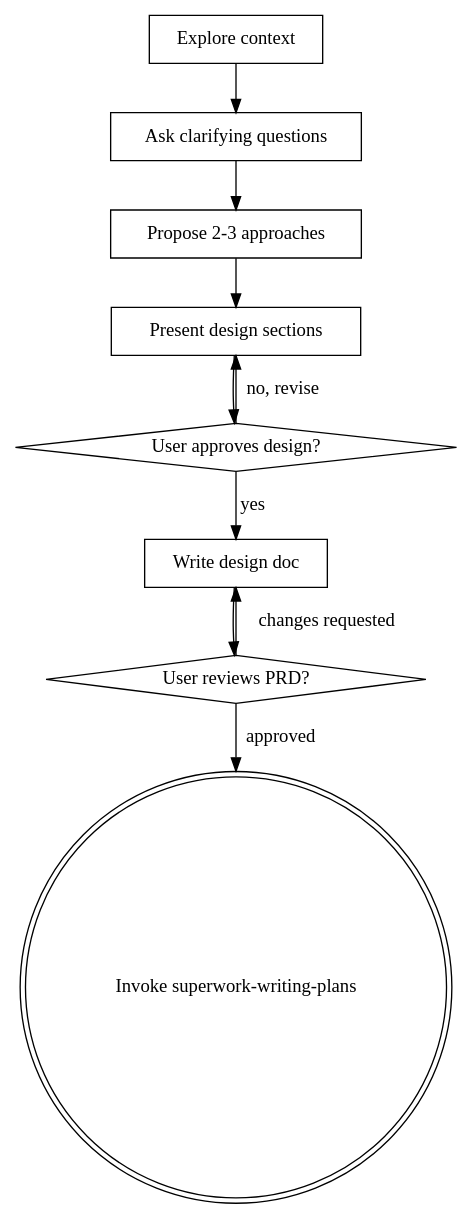
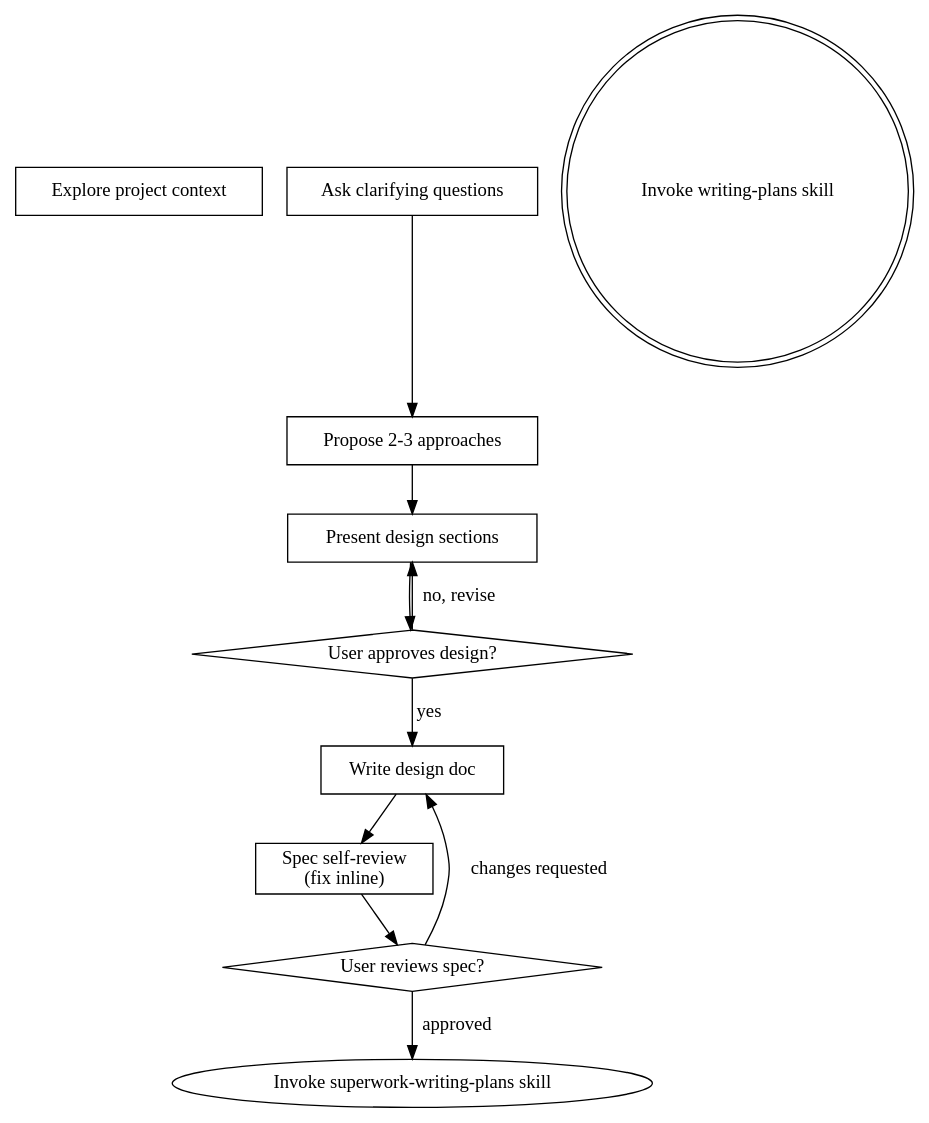
Before and after one commit to BryanHoo/superwork: the diagram in skills/superwork-brainstorming/SKILL.md, drawn with Graphviz. The commit also changed other lines of this file and 4 other files, not shown here.

````diff
--- a/skills/superwork-brainstorming/SKILL.md
+++ b/skills/superwork-brainstorming/SKILL.md
@@ -41,22 +32,23 @@
 ```dot
-digraph superwork_brainstorming {
-    "Explore context" [shape=box];
+digraph brainstorming {
+    "Explore project context" [shape=box];
     "Ask clarifying questions" [shape=box];
     "Propose 2-3 approaches" [shape=box];
     "Present design sections" [shape=box];
     "User approves design?" [shape=diamond];
     "Write design doc" [shape=box];
-    "User reviews PRD?" [shape=diamond];
-    "Invoke superwork-writing-plans" [shape=doublecircle];
+    "Spec self-review\n(fix inline)" [shape=box];
+    "User reviews spec?" [shape=diamond];
+    "Invoke writing-plans skill" [shape=doublecircle];
 
-    "Explore context" -> "Ask clarifying questions";
     "Ask clarifying questions" -> "Propose 2-3 approaches";
     "Propose 2-3 approaches" -> "Present design sections";
     "Present design sections" -> "User approves design?";
     "User approves design?" -> "Present design sections" [label="no, revise"];
     "User approves design?" -> "Write design doc" [label="yes"];
-    "Write design doc" -> "User reviews PRD?";
-    "User reviews PRD?" -> "Write design doc" [label="changes requested"];
-    "User reviews PRD?" -> "Invoke superwork-writing-plans" [label="approved"];
+    "Write design doc" -> "Spec self-review\n(fix inline)";
+    "Spec self-review\n(fix inline)" -> "User reviews spec?";
+    "User reviews spec?" -> "Write design doc" [label="changes requested"];
+    "User reviews spec?" -> "Invoke superwork-writing-plans skill" [label="approved"];
 }
 ```
````
